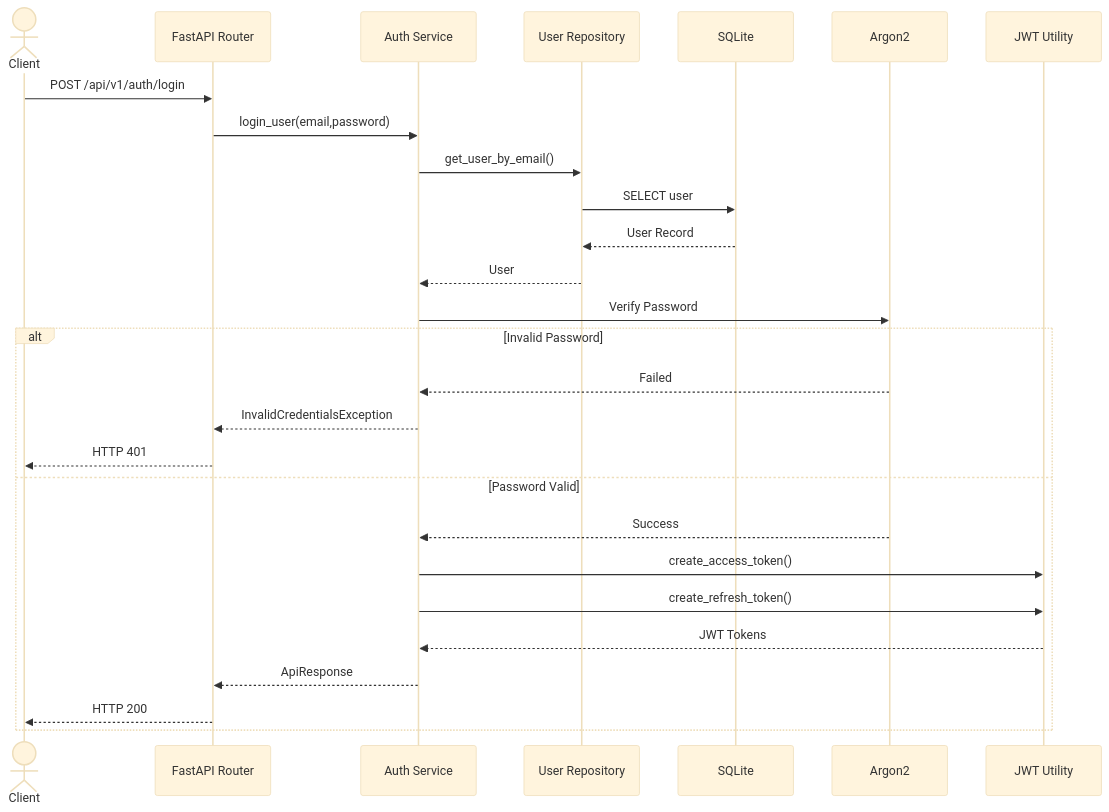
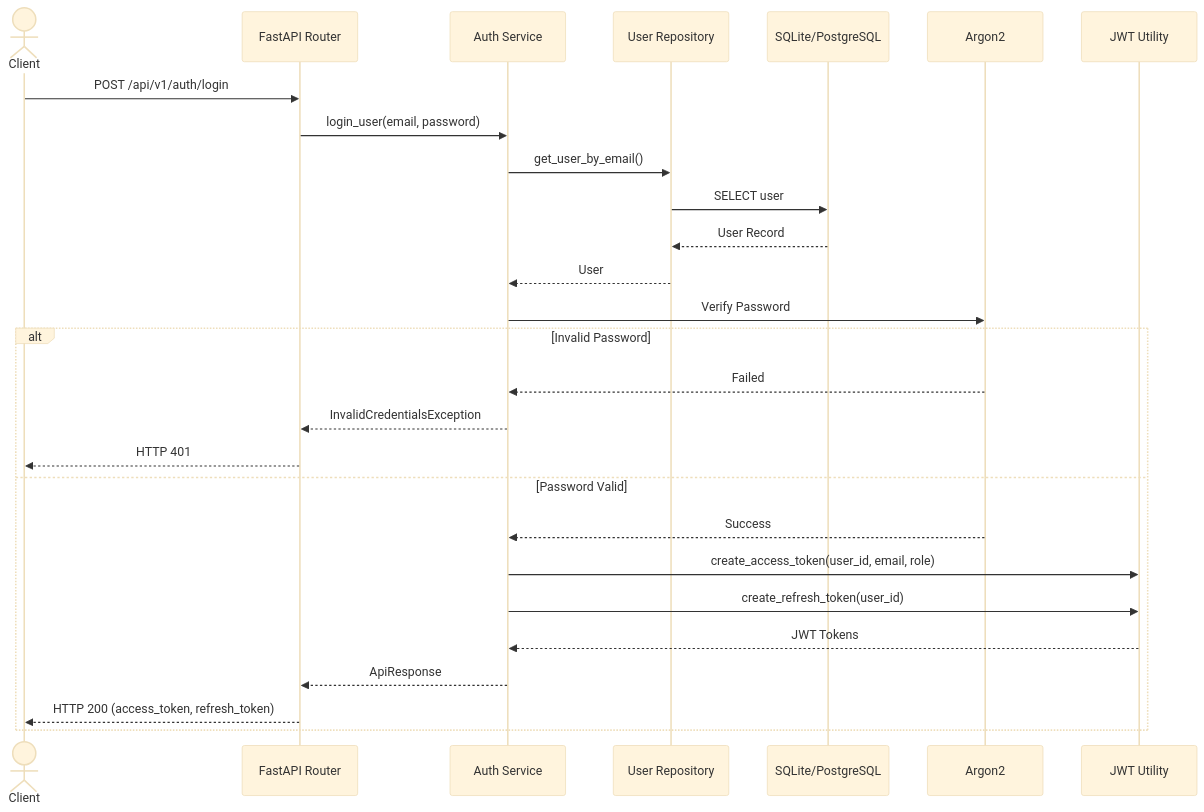
One commit to kmrgautam18-alt/career-ops-v2 changed the third of 3 diagrams in docs/diagrams/06-authentication-flow.md. Above: the diagram before and after it, drawn with Mermaid (base theme). The commit also changed other lines of this file and 8 other files, not shown here.

First line of the commit message:
docs: comprehensively update all 17 diagrams to reflect complete feature set

````diff
--- a/docs/diagrams/06-authentication-flow.md
+++ b/docs/diagrams/06-authentication-flow.md
@@ -73,45 +99,34 @@
 ```mermaid
 sequenceDiagram
 
 actor Client
-
 participant Router as FastAPI Router
 participant Service as Auth Service
 participant Repo as User Repository
-participant DB as SQLite
+participant DB as SQLite/PostgreSQL
 participant Security as Argon2
 participant JWT as JWT Utility
 
 Client->>Router: POST /api/v1/auth/login
 
-Router->>Service: login_user(email,password)
-
+Router->>Service: login_user(email, password)
 Service->>Repo: get_user_by_email()
-
 Repo->>DB: SELECT user
-
 DB-->>Repo: User Record
-
 Repo-->>Service: User
 
 Service->>Security: Verify Password
 
 alt Invalid Password
     Security-->>Service: Failed
     Service-->>Router: InvalidCredentialsException
     Router-->>Client: HTTP 401
 else Password Valid
-
     Security-->>Service: Success
-
-    Service->>JWT: create_access_token()
-
-    Service->>JWT: create_refresh_token()
-
+    Service->>JWT: create_access_token(user_id, email, role)
+    Service->>JWT: create_refresh_token(user_id)
     JWT-->>Service: JWT Tokens
-
     Service-->>Router: ApiResponse
-
-    Router-->>Client: HTTP 200
+    Router-->>Client: HTTP 200 (access_token, refresh_token)
 end
 ```
````
